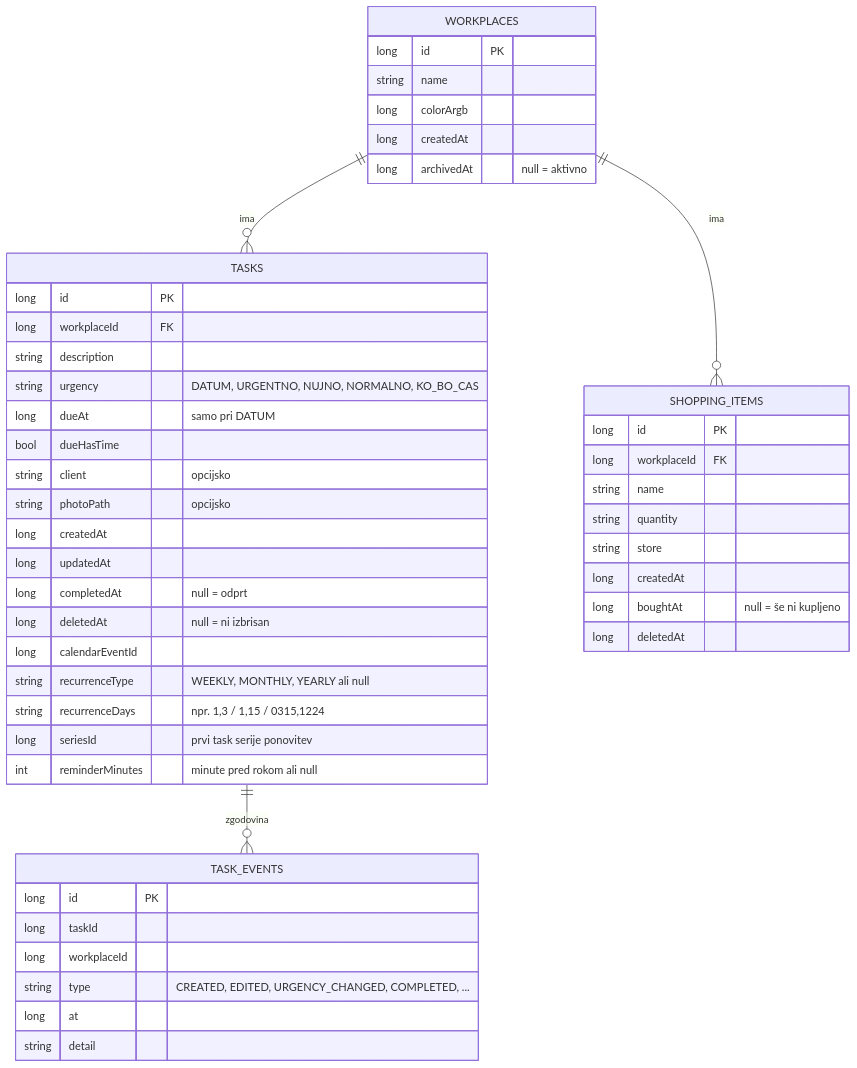
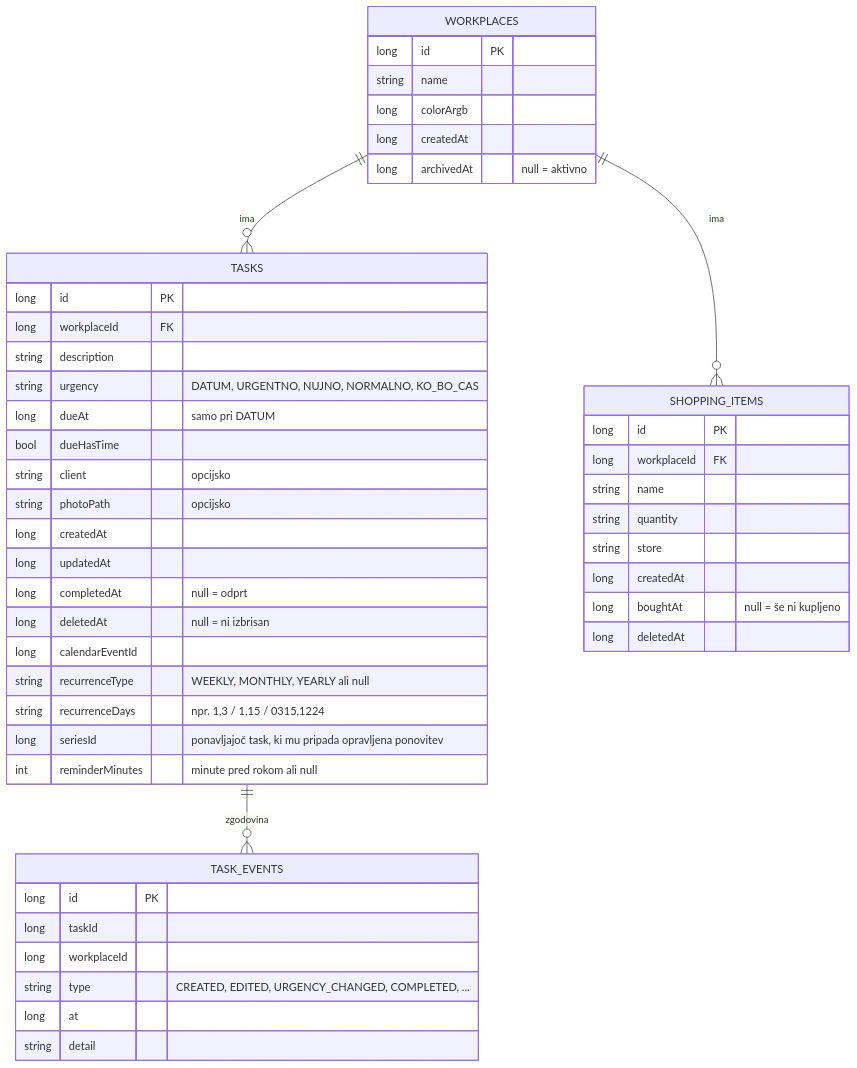
The second of 5 diagrams in docs/ARHITEKTURA.md (Kosovircek/WorkManagmentApp), drawn with Mermaid before and after one commit. The commit also changed other lines of this file and 12 other files, not shown here.

First line of the commit message:
Ponavljajoč task je en task, ki se ponavlja v nedogled

````diff
--- a/docs/ARHITEKTURA.md
+++ b/docs/ARHITEKTURA.md
@@ -80,51 +80,51 @@
 ```mermaid
 erDiagram
     WORKPLACES ||--o{ TASKS : "ima"
     WORKPLACES ||--o{ SHOPPING_ITEMS : "ima"
     TASKS ||--o{ TASK_EVENTS : "zgodovina"
 
     WORKPLACES {
         long id PK
         string name
         long colorArgb
         long createdAt
         long archivedAt "null = aktivno"
     }
     TASKS {
         long id PK
         long workplaceId FK
         string description
         string urgency "DATUM, URGENTNO, NUJNO, NORMALNO, KO_BO_CAS"
         long dueAt "samo pri DATUM"
         bool dueHasTime
         string client "opcijsko"
         string photoPath "opcijsko"
         long createdAt
         long updatedAt
         long completedAt "null = odprt"
         long deletedAt "null = ni izbrisan"
         long calendarEventId
         string recurrenceType "WEEKLY, MONTHLY, YEARLY ali null"
         string recurrenceDays "npr. 1,3 / 1,15 / 0315,1224"
-        long seriesId "prvi task serije ponovitev"
+        long seriesId "ponavljajoč task, ki mu pripada opravljena ponovitev"
         int reminderMinutes "minute pred rokom ali null"
     }
     TASK_EVENTS {
         long id PK
         long taskId
         long workplaceId
         string type "CREATED, EDITED, URGENCY_CHANGED, COMPLETED, ..."
         long at
         string detail
     }
     SHOPPING_ITEMS {
         long id PK
         long workplaceId FK
         string name
         string quantity
         string store
         long createdAt
         long boughtAt "null = še ni kupljeno"
         long deletedAt
     }
 ```
````
